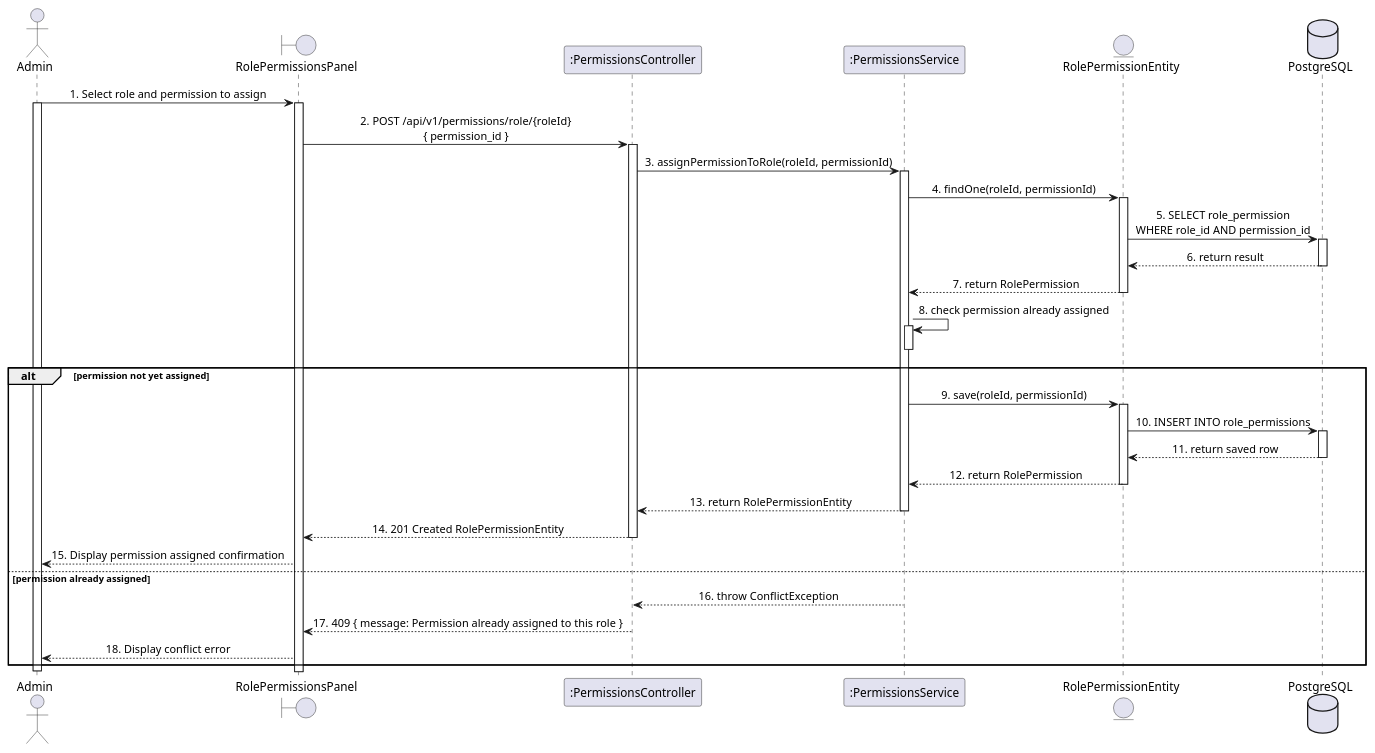
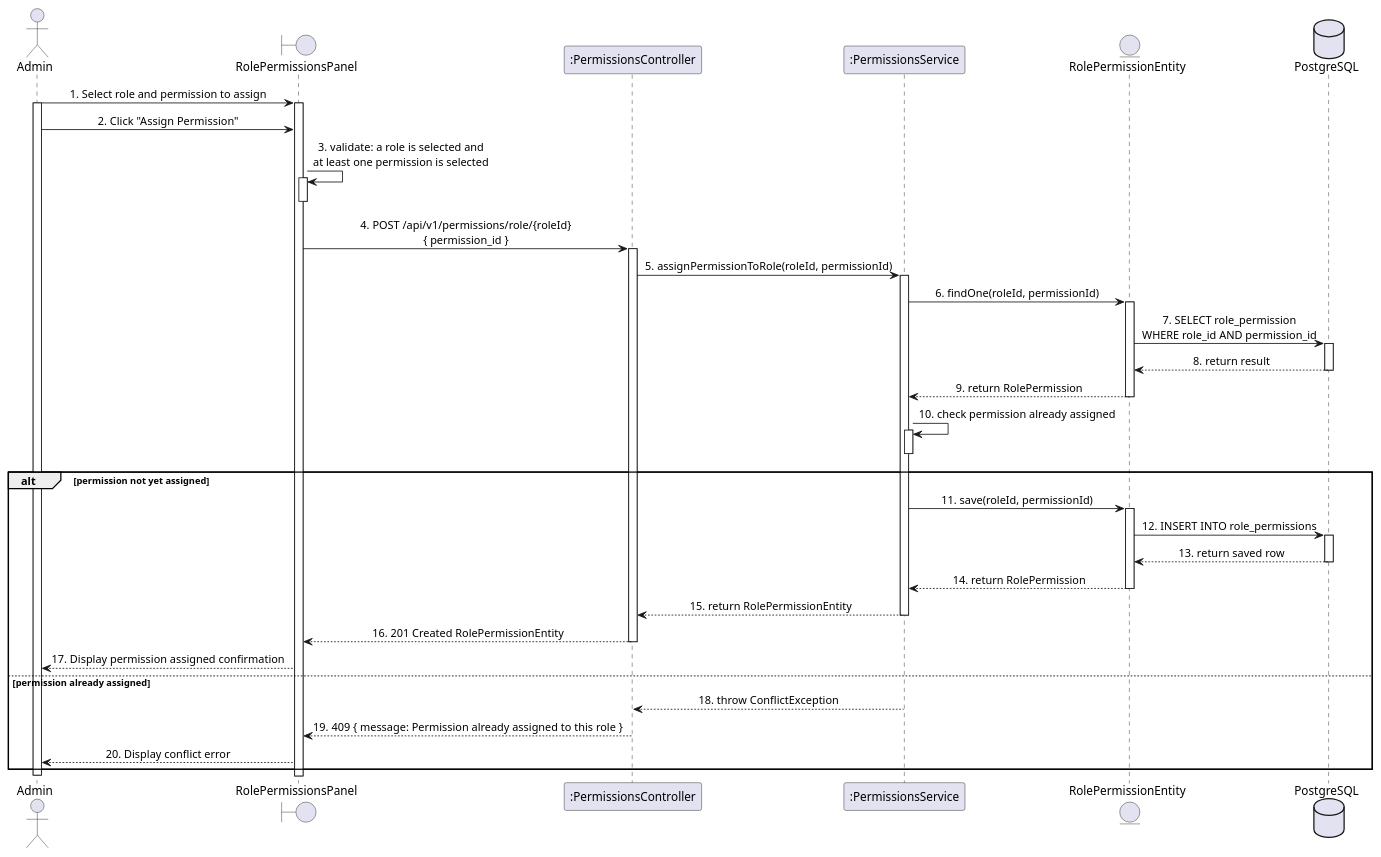
One commit to LTPPPP/Smart-Medical-Intelligent-Ledger-for-E-health-S.M.I.L.E- changed the diagram in docs/sequence-diagram/UC15_UpdateRolePermissions.puml. Above: the diagram before and after it, drawn with PlantUML. The commit also changed 31 other files, not shown here.

```diff
--- a/docs/sequence-diagram/UC15_UpdateRolePermissions.puml
+++ b/docs/sequence-diagram/UC15_UpdateRolePermissions.puml
@@ -1,62 +1,68 @@
 @startuml SequenceDiagram
 skinparam shadowing false
 skinparam sequenceMessageAlign center
 actor "Admin" as user
 boundary "RolePermissionsPanel" as form
 participant ":PermissionsController" as ctrl
 participant ":PermissionsService" as permSvc
 entity "RolePermissionEntity" as rpEntity
 database "PostgreSQL" as db
 
 user -> form : 1. Select role and permission to assign
 activate user
 activate form
 
-form -> ctrl : 2. POST /api/v1/permissions/role/{roleId}\n{ permission_id }
+user -> form : 2. Click "Assign Permission"
+
+form -> form : 3. validate: a role is selected and\nat least one permission is selected
+activate form
+deactivate form
+
+form -> ctrl : 4. POST /api/v1/permissions/role/{roleId}\n{ permission_id }
 activate ctrl
 
-ctrl -> permSvc : 3. assignPermissionToRole(roleId, permissionId)
+ctrl -> permSvc : 5. assignPermissionToRole(roleId, permissionId)
 activate permSvc
 
-permSvc -> rpEntity : 4. findOne(roleId, permissionId)
+permSvc -> rpEntity : 6. findOne(roleId, permissionId)
 activate rpEntity
-rpEntity -> db : 5. SELECT role_permission\nWHERE role_id AND permission_id
+rpEntity -> db : 7. SELECT role_permission\nWHERE role_id AND permission_id
 activate db
-db --> rpEntity : 6. return result
+db --> rpEntity : 8. return result
 deactivate db
-rpEntity --> permSvc : 7. return RolePermission
+rpEntity --> permSvc : 9. return RolePermission
 deactivate rpEntity
 
-permSvc -> permSvc : 8. check permission already assigned
+permSvc -> permSvc : 10. check permission already assigned
 activate permSvc
 deactivate permSvc
 alt permission not yet assigned
-  permSvc -> rpEntity : 9. save(roleId, permissionId)
+  permSvc -> rpEntity : 11. save(roleId, permissionId)
   activate rpEntity
-  rpEntity -> db : 10. INSERT INTO role_permissions
+  rpEntity -> db : 12. INSERT INTO role_permissions
   activate db
-  db --> rpEntity : 11. return saved row
+  db --> rpEntity : 13. return saved row
   deactivate db
-  rpEntity --> permSvc : 12. return RolePermission
+  rpEntity --> permSvc : 14. return RolePermission
   deactivate rpEntity
 
-  permSvc --> ctrl : 13. return RolePermissionEntity
+  permSvc --> ctrl : 15. return RolePermissionEntity
   deactivate permSvc
 
-  ctrl --> form : 14. 201 Created RolePermissionEntity
+  ctrl --> form : 16. 201 Created RolePermissionEntity
   deactivate ctrl
 
-  form --> user : 15. Display permission assigned confirmation
+  form --> user : 17. Display permission assigned confirmation
 else permission already assigned
-  permSvc --> ctrl : 16. throw ConflictException
+  permSvc --> ctrl : 18. throw ConflictException
   deactivate permSvc
 
-  ctrl --> form : 17. 409 { message: Permission already assigned to this role }
+  ctrl --> form : 19. 409 { message: Permission already assigned to this role }
   deactivate ctrl
 
-  form --> user : 18. Display conflict error
+  form --> user : 20. Display conflict error
 end
 
 deactivate user
 
 @enduml
```
